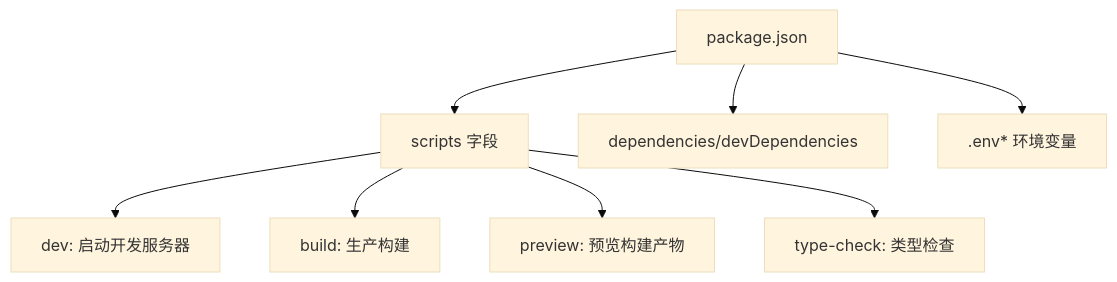
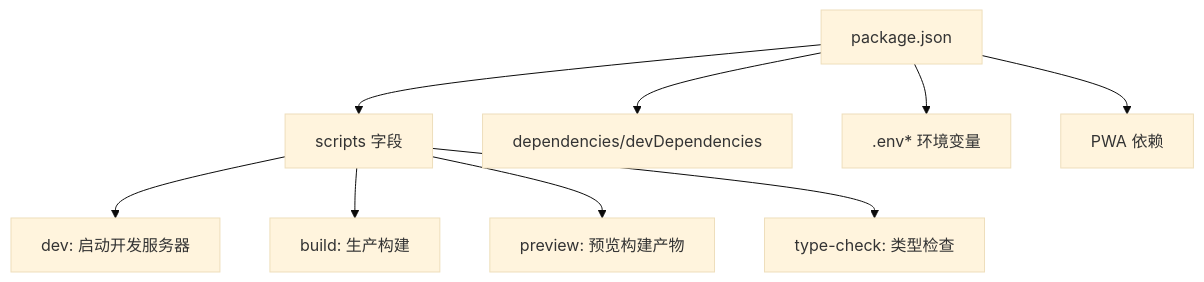
The fifth of 7 diagrams in .qoder/repowiki/zh/content/系统架构/前端架构设计/构建配置优化.md (xufuyu/Lumen), drawn with Mermaid (base theme) before and after one commit. The commit also changed other lines of this file and 36 other files, not shown here.

````diff
--- a/.qoder/repowiki/zh/content/系统架构/前端架构设计/构建配置优化.md
+++ b/.qoder/repowiki/zh/content/系统架构/前端架构设计/构建配置优化.md
@@ -221,10 +250,11 @@
 ```mermaid
 flowchart TD
 Pkg["package.json"] --> Scripts["scripts 字段"]
 Scripts --> Dev["dev: 启动开发服务器"]
 Scripts --> Build["build: 生产构建"]
 Scripts --> Preview["preview: 预览构建产物"]
 Scripts --> TypeCheck["type-check: 类型检查"]
 Pkg --> Deps["dependencies/devDependencies"]
 Pkg --> Env[".env* 环境变量"]
+Pkg --> PWA["PWA 依赖"]
 ```
````
